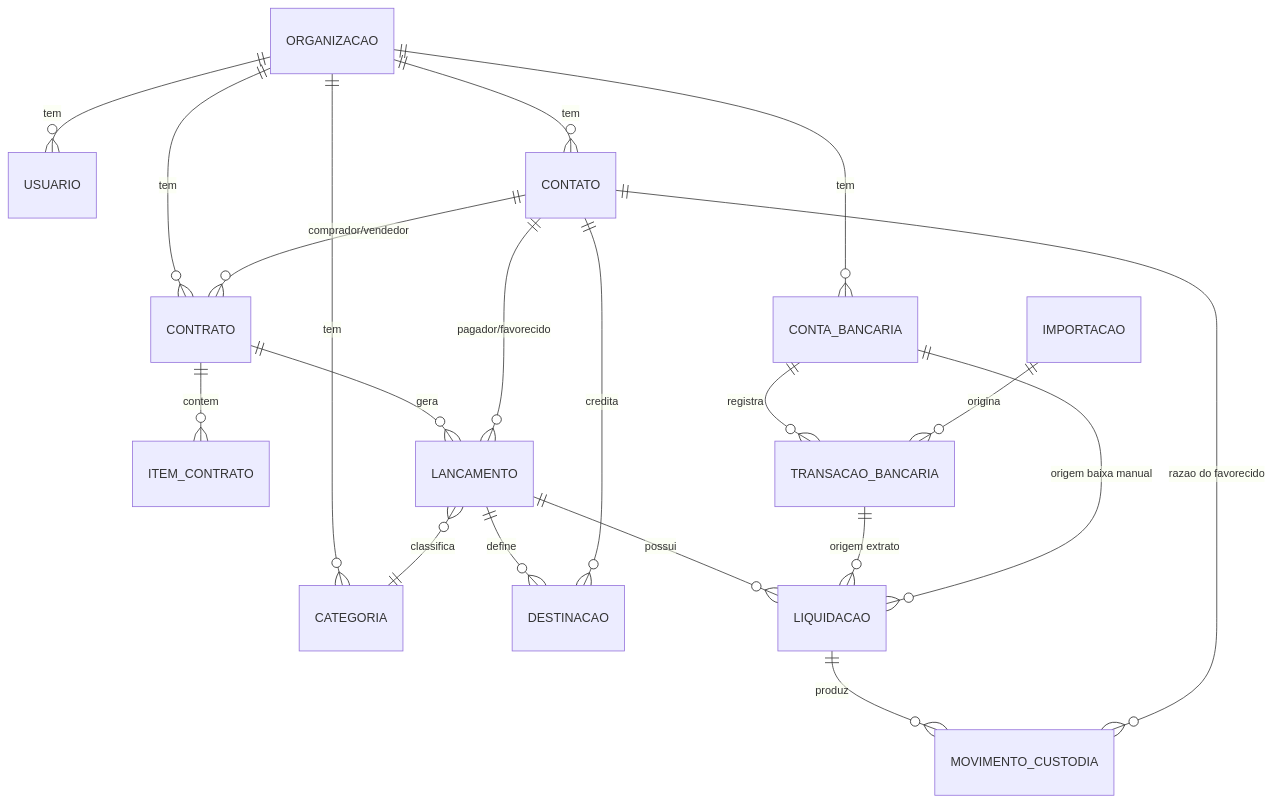
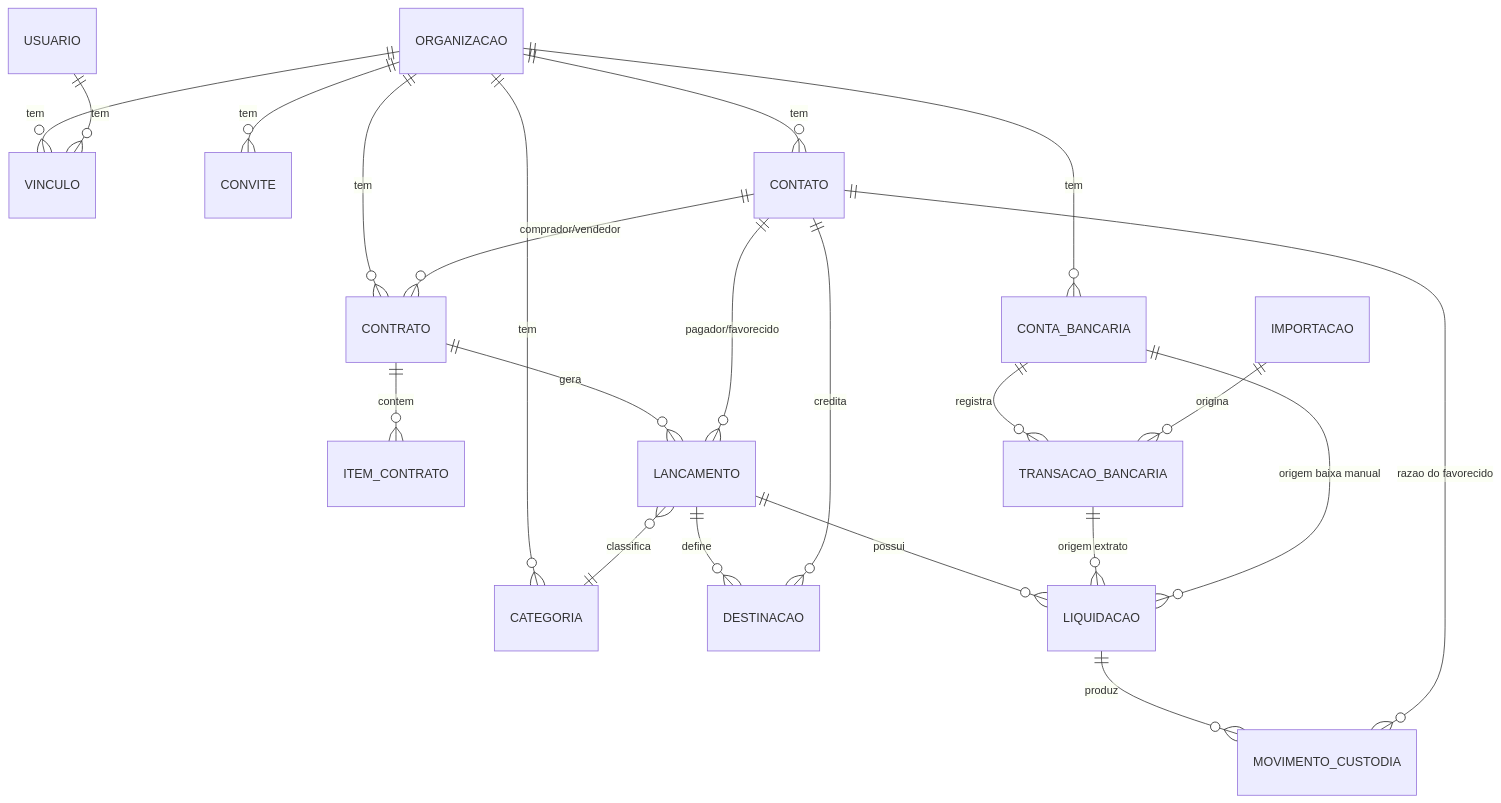
The diagram in ARQUITETURA.md (RafaRafa26/capi), drawn with Mermaid before and after one commit. The commit also changed other lines of this file and 113 other files, not shown here.

````diff
--- a/ARQUITETURA.md
+++ b/ARQUITETURA.md
@@ -123,27 +125,29 @@
 ```mermaid
 erDiagram
-    ORGANIZACAO ||--o{ USUARIO : tem
+    ORGANIZACAO ||--o{ VINCULO : tem
+    USUARIO ||--o{ VINCULO : tem
+    ORGANIZACAO ||--o{ CONVITE : tem
     ORGANIZACAO ||--o{ CONTATO : tem
     ORGANIZACAO ||--o{ CONTA_BANCARIA : tem
     ORGANIZACAO ||--o{ CATEGORIA : tem
     ORGANIZACAO ||--o{ CONTRATO : tem
 
     CONTRATO ||--o{ ITEM_CONTRATO : contem
     CONTRATO ||--o{ LANCAMENTO : gera
     CONTATO ||--o{ CONTRATO : "comprador/vendedor"
 
     LANCAMENTO ||--o{ DESTINACAO : define
     LANCAMENTO ||--o{ LIQUIDACAO : possui
     LANCAMENTO }o--|| CATEGORIA : classifica
     LANCAMENTO }o--|| CONTATO : "pagador/favorecido"
 
     DESTINACAO }o--|| CONTATO : credita
 
     CONTA_BANCARIA ||--o{ TRANSACAO_BANCARIA : registra
     IMPORTACAO ||--o{ TRANSACAO_BANCARIA : origina
     TRANSACAO_BANCARIA ||--o{ LIQUIDACAO : "origem extrato"
     CONTA_BANCARIA ||--o{ LIQUIDACAO : "origem baixa manual"
 
     LIQUIDACAO ||--o{ MOVIMENTO_CUSTODIA : produz
     CONTATO ||--o{ MOVIMENTO_CUSTODIA : "razao do favorecido"
 ```
````
